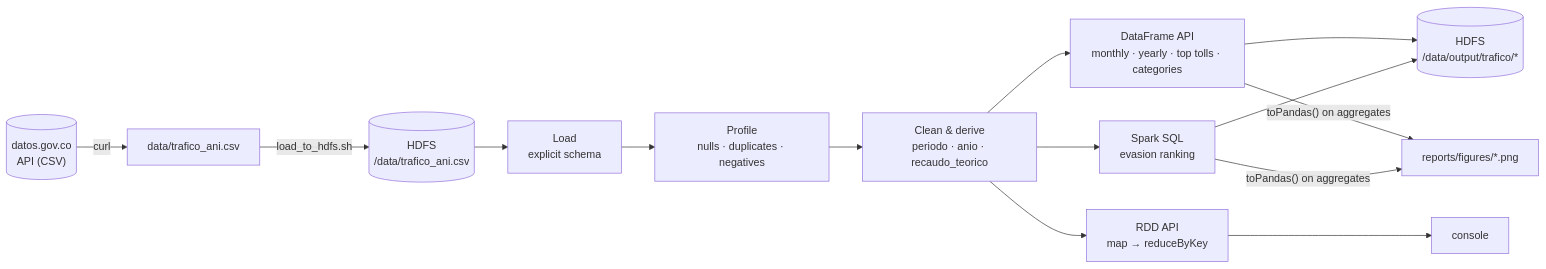
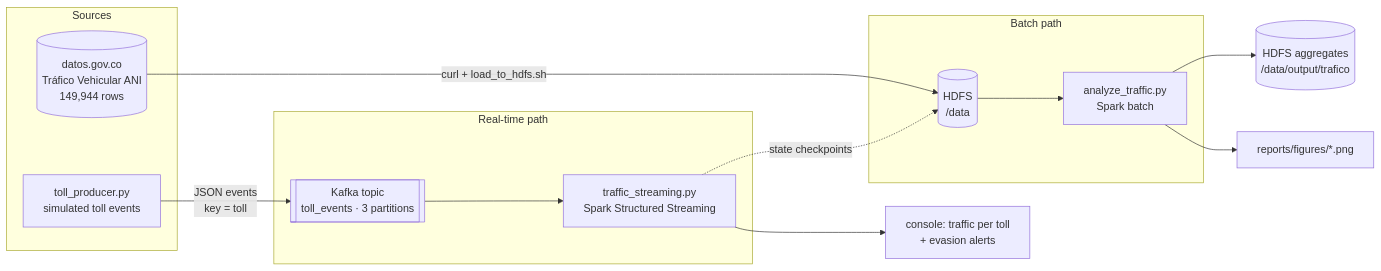
Before and after one commit to crabb-beltran/bigdata-hadoop-spark: the diagram in README.md, drawn with Mermaid. The commit also changed other lines of this file and 6 other files, not shown here.

Commit message:
docs: split documentation into architecture, batch, streaming, runbook and troubleshooting guides

````diff
--- a/README.md
+++ b/README.md
@@ -183,14 +14,24 @@
 ```mermaid
 flowchart LR
-    api[("datos.gov.co<br/>API (CSV)")] -- "curl" --> csv["data/trafico_ani.csv"]
-    csv -- "load_to_hdfs.sh" --> hdfs[("HDFS<br/>/data/trafico_ani.csv")]
-    hdfs --> load["Load<br/>explicit schema"]
-    load --> profile["Profile<br/>nulls · duplicates · negatives"]
-    profile --> clean["Clean & derive<br/>periodo · anio · recaudo_teorico"]
-    clean --> df["DataFrame API<br/>monthly · yearly · top tolls · categories"]
-    clean --> sql["Spark SQL<br/>evasion ranking"]
-    clean --> rdd["RDD API<br/>map → reduceByKey"]
-    df & sql --> out[("HDFS<br/>/data/output/trafico/*")]
-    df & sql -- "toPandas() on aggregates" --> png["reports/figures/*.png"]
-    rdd --> console["console"]
+    subgraph sources["Sources"]
+        api[("datos.gov.co<br/>Tráfico Vehicular ANI<br/>149,944 rows")]
+        gen["toll_producer.py<br/>simulated toll events"]
+    end
+
+    subgraph batch["Batch path"]
+        hdfs[("HDFS<br/>/data")]
+        sb["analyze_traffic.py<br/>Spark batch"]
+    end
+
+    subgraph stream["Real-time path"]
+        kafka[["Kafka topic<br/>toll_events · 3 partitions"]]
+        ss["traffic_streaming.py<br/>Spark Structured Streaming"]
+    end
+
+    api -- "curl + load_to_hdfs.sh" --> hdfs --> sb
+    sb --> out1[("HDFS aggregates<br/>/data/output/trafico")]
+    sb --> png["reports/figures/*.png"]
+    gen -- "JSON events<br/>key = toll" --> kafka --> ss
+    ss --> con["console: traffic per toll<br/>+ evasion alerts"]
+    ss -. "state checkpoints" .-> hdfs
 ```
````
